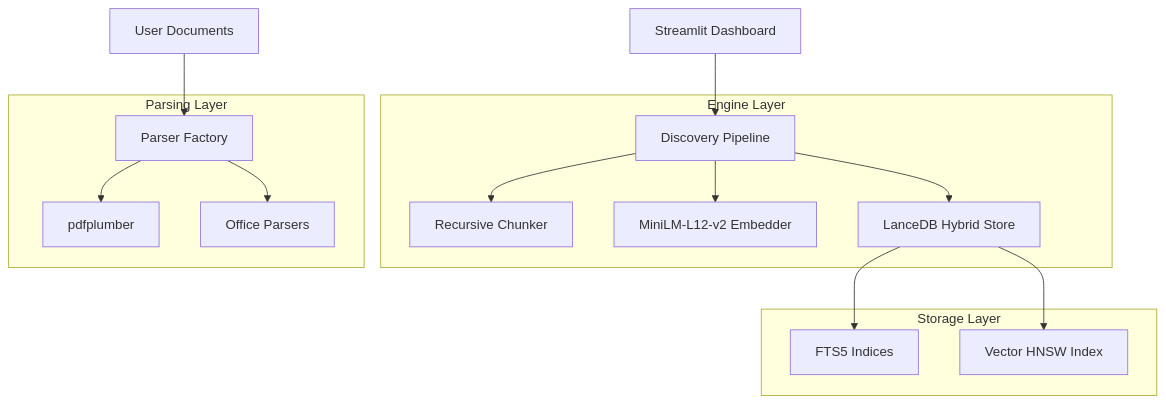
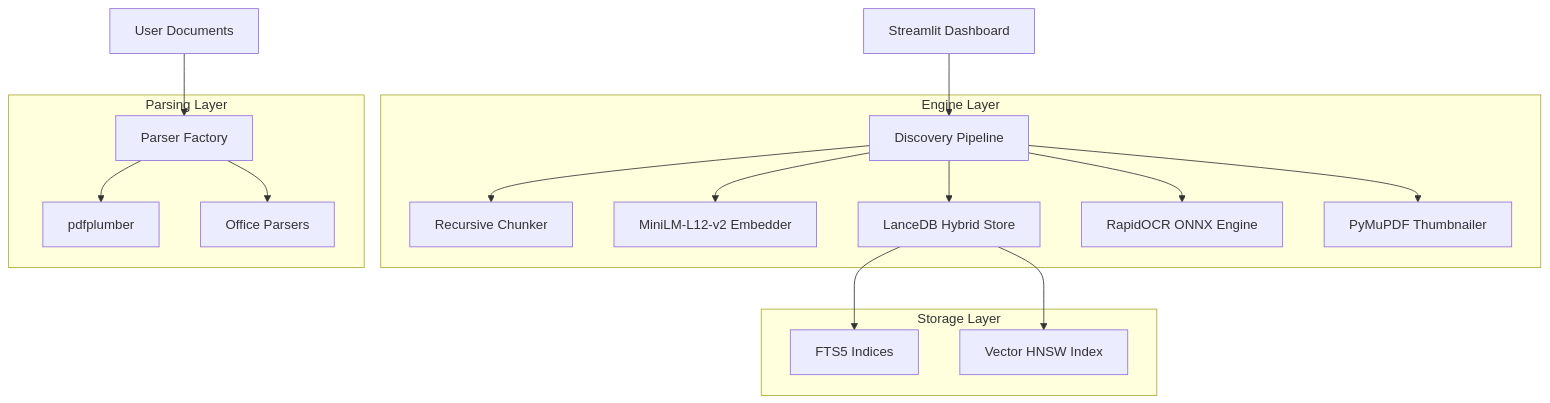
Before and after one commit to Regen99/Wo-ist-meine-Doku: the diagram in README.md, drawn with Mermaid. The commit also changed other lines of this file and 15 other files, not shown here.

````diff
--- a/README.md
+++ b/README.md
@@ -113,22 +125,24 @@
 ```mermaid
 graph TD
     UI[Streamlit Dashboard] --> Pipeline[Discovery Pipeline]
     
     subgraph "Engine Layer"
         Pipeline --> Chunker[Recursive Chunker]
         Pipeline --> Embedder[MiniLM-L12-v2 Embedder]
         Pipeline --> DB[LanceDB Hybrid Store]
+        Pipeline --> OCR[RapidOCR ONNX Engine]
+        Pipeline --> Thumb[PyMuPDF Thumbnailer]
     end
     
     subgraph "Parsing Layer"
         ParserFactory[Parser Factory] --> PDF[pdfplumber]
         ParserFactory --> Office[Office Parsers]
     end
     
     subgraph "Storage Layer"
         DB --> FTS[FTS5 Indices]
         DB --> Vector[Vector HNSW Index]
     end
     
     Source[User Documents] --> ParserFactory
 ```
````
